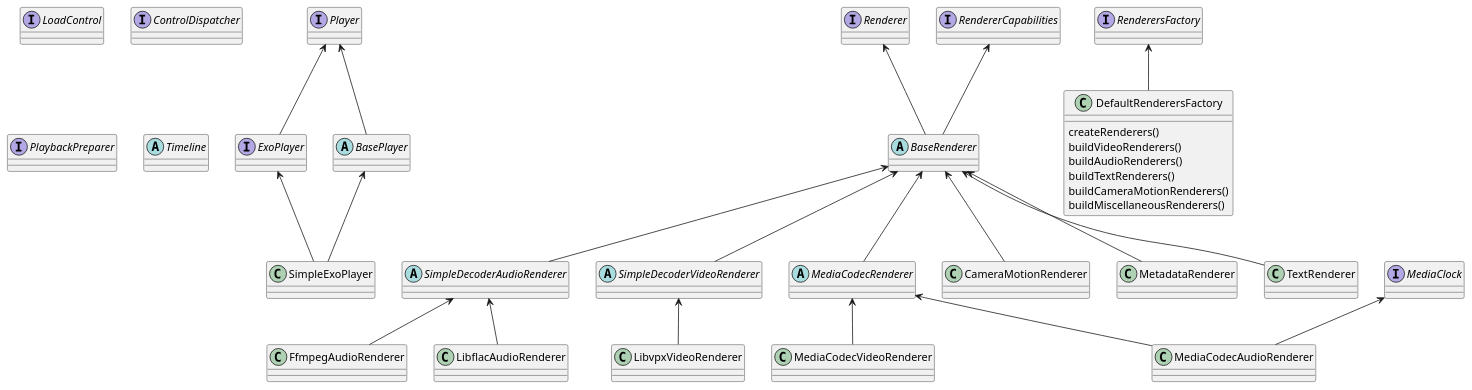
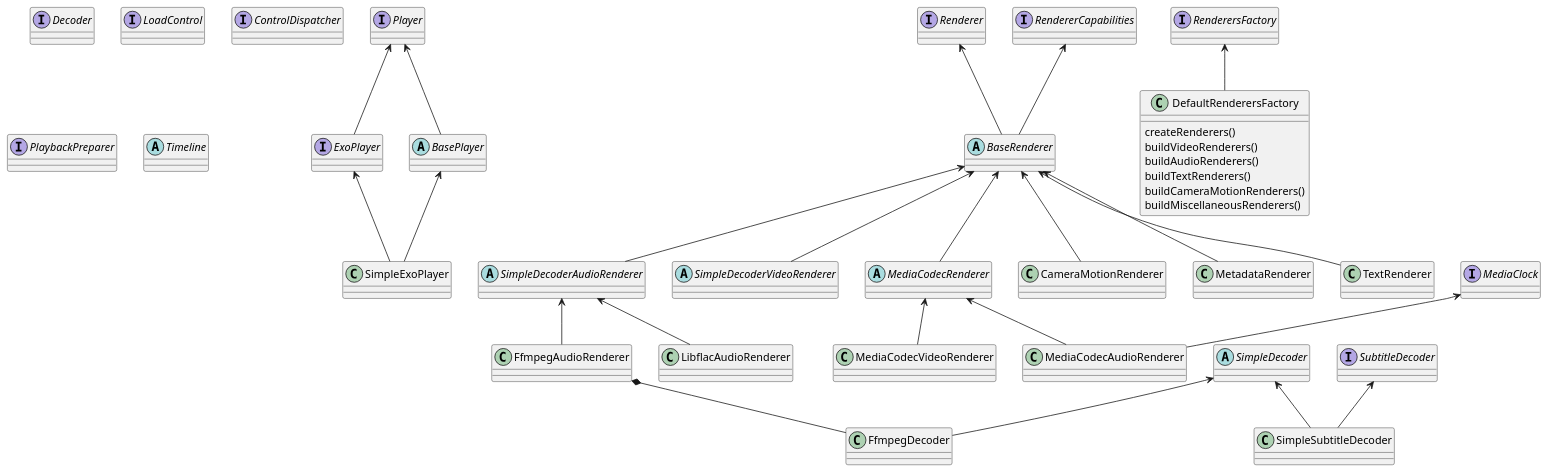
The diagram in uml/architecture.puml (tdounnyy/exoplayer_note), drawn with PlantUML before and after one commit.

Commit message:
Add Decoders

```diff
--- a/uml/architecture.puml
+++ b/uml/architecture.puml
@@ -2,65 +2,80 @@
 @startuml
 
 
 'Player
 interface Player
 interface ExoPlayer
 abstract class BasePlayer
 class SimpleExoPlayer
 
 'Renderer
 interface Renderer
 interface RendererCapabilities
 interface RenderersFactory
 abstract class BaseRenderer
 abstract class SimpleDecoderAudioRenderer
 abstract class SimpleDecoderVideoRenderer
 abstract class MediaCodecRenderer
 class CameraMotionRenderer
 class FfmpegAudioRenderer
-class LibflacAudioRenderer
-class LibvpxVideoRenderer
-class LibvpxVideoRenderer
-class LibvpxVideoRenderer
+'class LibflacAudioRenderer
+'class LibvpxVideoRenderer
+'class LibvpxVideoRenderer
+'class LibvpxVideoRenderer
 class MediaCodecAudioRenderer
 class MediaCodecVideoRenderer
 class MetadataRenderer
 class TextRenderer
 class DefaultRenderersFactory {
     createRenderers()
     buildVideoRenderers()
     buildAudioRenderers()
     buildTextRenderers()
     buildCameraMotionRenderers()
     buildMiscellaneousRenderers()
 }
+
+'Decoder
+interface Decoder
+abstract class SimpleDecoder
+interface SubtitleDecoder
+class FfmpegDecoder
+class SimpleSubtitleDecoder
+'class FlacDecoder
+'class VpxDecoder
 
 interface LoadControl
 interface ControlDispatcher
 interface PlaybackPreparer
 interface MediaClock
 abstract class Timeline
 
 Player <-- ExoPlayer
 Player <-- BasePlayer
 BasePlayer <-- SimpleExoPlayer
 ExoPlayer <-- SimpleExoPlayer
 
 Renderer <-- BaseRenderer
 RendererCapabilities <-- BaseRenderer
 BaseRenderer <-- CameraMotionRenderer
 BaseRenderer <-- SimpleDecoderAudioRenderer
 SimpleDecoderAudioRenderer <--  FfmpegAudioRenderer
 SimpleDecoderAudioRenderer <--  LibflacAudioRenderer
 BaseRenderer <-- SimpleDecoderVideoRenderer
-SimpleDecoderVideoRenderer <-- LibvpxVideoRenderer
+'SimpleDecoderVideoRenderer <-- LibvpxVideoRenderer
 BaseRenderer <-- MediaCodecRenderer
 MediaCodecRenderer <-- MediaCodecAudioRenderer
 MediaClock <-- MediaCodecAudioRenderer
 MediaCodecRenderer <-- MediaCodecVideoRenderer
 BaseRenderer <-- MetadataRenderer
 BaseRenderer <-- TextRenderer
 RenderersFactory <-- DefaultRenderersFactory
 
+SimpleDecoder <-- FfmpegDecoder
+SimpleDecoder <-- SimpleSubtitleDecoder
+SubtitleDecoder <-- SimpleSubtitleDecoder
+'SimpleDecoder <-- FlacDecoder
+'SimpleDecoder <-- VpxDecoder
 
+FfmpegAudioRenderer *-- FfmpegDecoder
 @enduml
```
